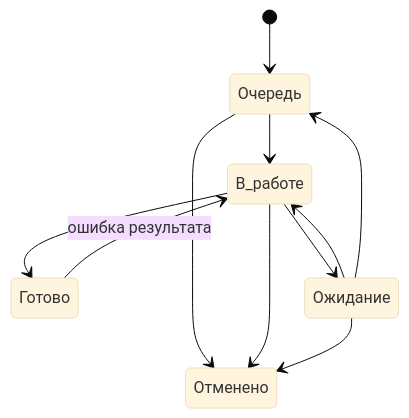
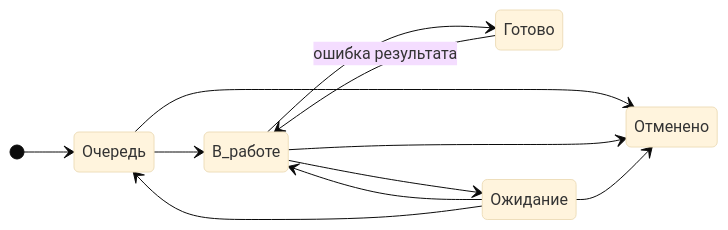
One commit to lazuale/department changed the third of 6 diagrams in docs/01-methodology.md. Above: the diagram before and after it, drawn with Mermaid (base theme). The commit also changed other lines of this file and 8 other files, not shown here.

````diff
--- a/docs/01-methodology.md
+++ b/docs/01-methodology.md
@@ -90,13 +109,14 @@
 ```mermaid
 stateDiagram-v2
+    direction LR
     [*] --> Очередь
     Очередь --> В_работе
     В_работе --> Готово
     В_работе --> Ожидание
     Ожидание --> В_работе
     Ожидание --> Очередь
     Очередь --> Отменено
     В_работе --> Отменено
     Ожидание --> Отменено
     Готово --> В_работе: ошибка результата
 ```
````
